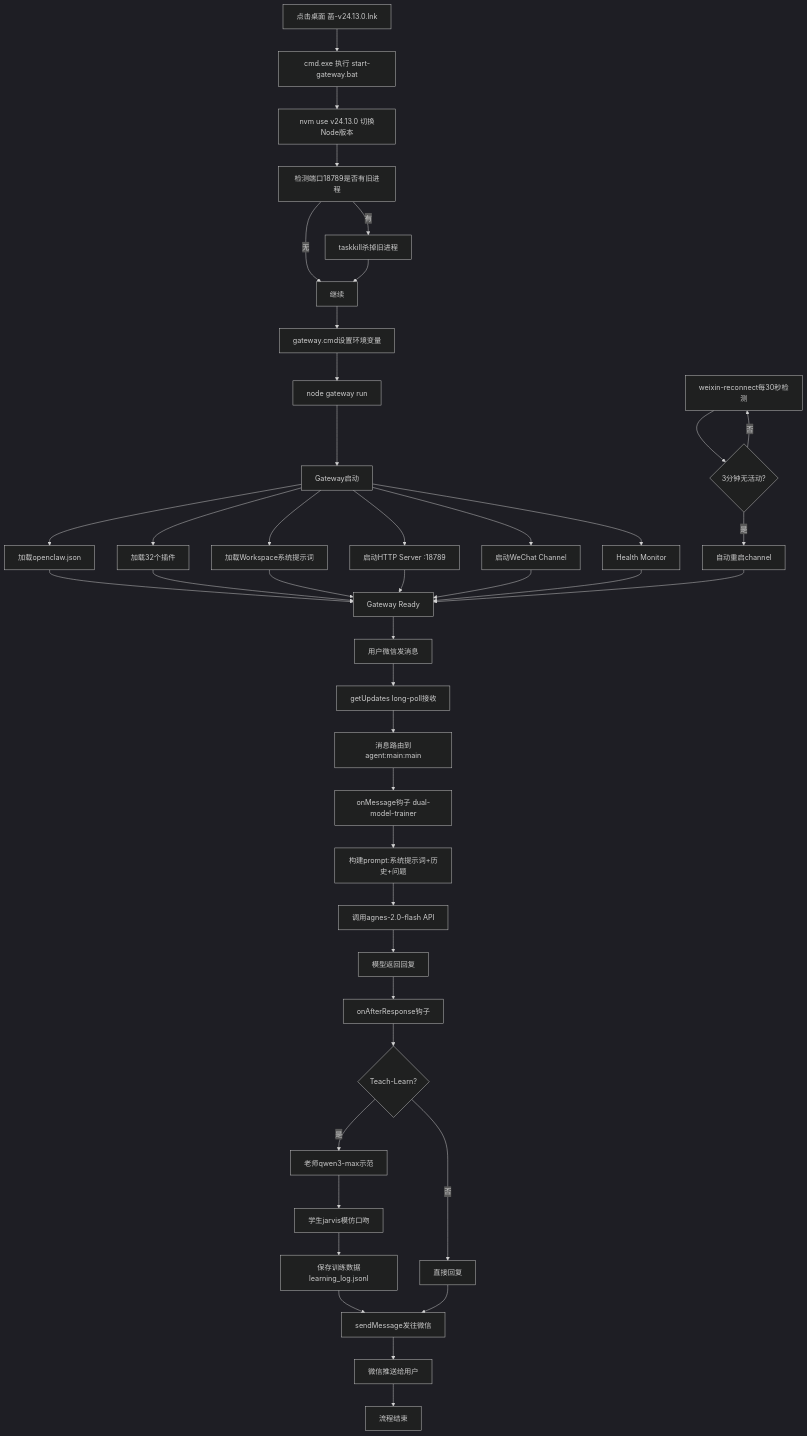
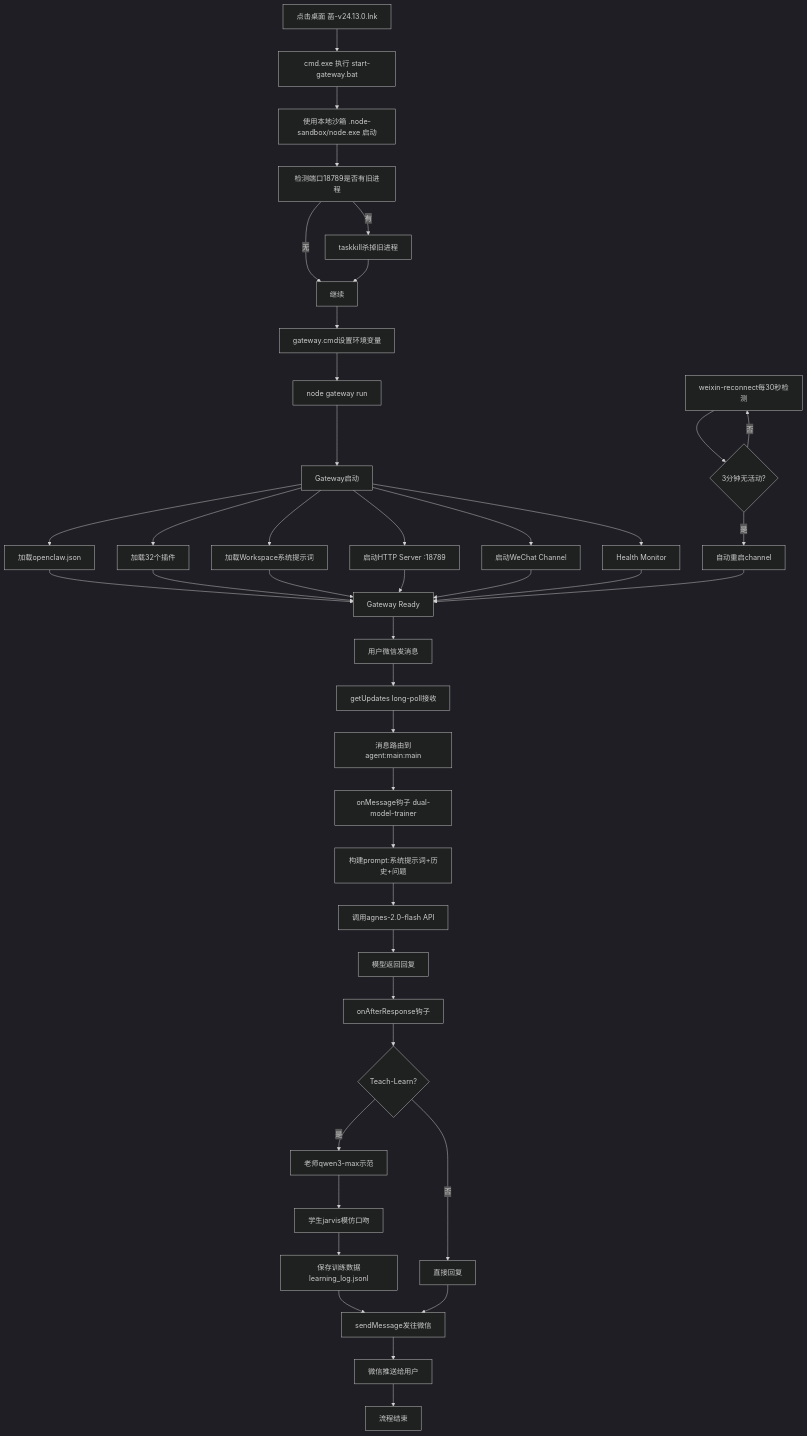
One commit to 2014-y/NexoraAgent changed the diagram in 流程图.md. Above: the diagram before and after it, drawn with Mermaid (dark theme). The commit also changed 1 other file, not shown here.

Commit message:
Update docs to match the new local .node-sandbox architecture

````diff
--- a/流程图.md
+++ b/流程图.md
@@ -3,39 +3,39 @@
 ```mermaid
 flowchart TD
     A[点击桌面 菡-v24.13.0.lnk] --> B[cmd.exe 执行 start-gateway.bat]
-    B --> C[nvm use v24.13.0 切换Node版本]
+    B --> C[使用本地沙箱 .node-sandbox/node.exe 启动]
     C --> D[检测端口18789是否有旧进程]
     D -->|有| E[taskkill杀掉旧进程]
     D -->|无| F[继续]
     E --> F
     F --> G[gateway.cmd设置环境变量]
     G --> H[node gateway run]
     H --> I[Gateway启动]
     I --> I1[加载openclaw.json]
     I --> I2[加载32个插件]
     I --> I3[加载Workspace系统提示词]
     I --> I4[启动HTTP Server :18789]
     I --> I5[启动WeChat Channel]
     I --> I6[Health Monitor]
     I1 & I2 & I3 & I4 & I5 & I6 --> J[Gateway Ready]
     J --> K[用户微信发消息]
     K --> L[getUpdates long-poll接收]
     L --> M[消息路由到agent:main:main]
     M --> N[onMessage钩子 dual-model-trainer]
     N --> O[构建prompt:系统提示词+历史+问题]
     O --> P[调用agnes-2.0-flash API]
     P --> Q[模型返回回复]
     Q --> R[onAfterResponse钩子]
     R --> S{Teach-Learn?}
     S -->|是| T[老师qwen3-max示范]
     T --> U[学生jarvis模仿口吻]
     U --> V[保存训练数据learning_log.jsonl]
     S -->|否| W[直接回复]
     V & W --> X[sendMessage发往微信]
     X --> Y[微信推送给用户]
     Y --> Z[流程结束]
     AA[weixin-reconnect每30秒检测] --> BB{3分钟无活动?}
     BB -->|是| CC[自动重启channel]
     BB -->|否| AA
     CC --> J
 ```
````
